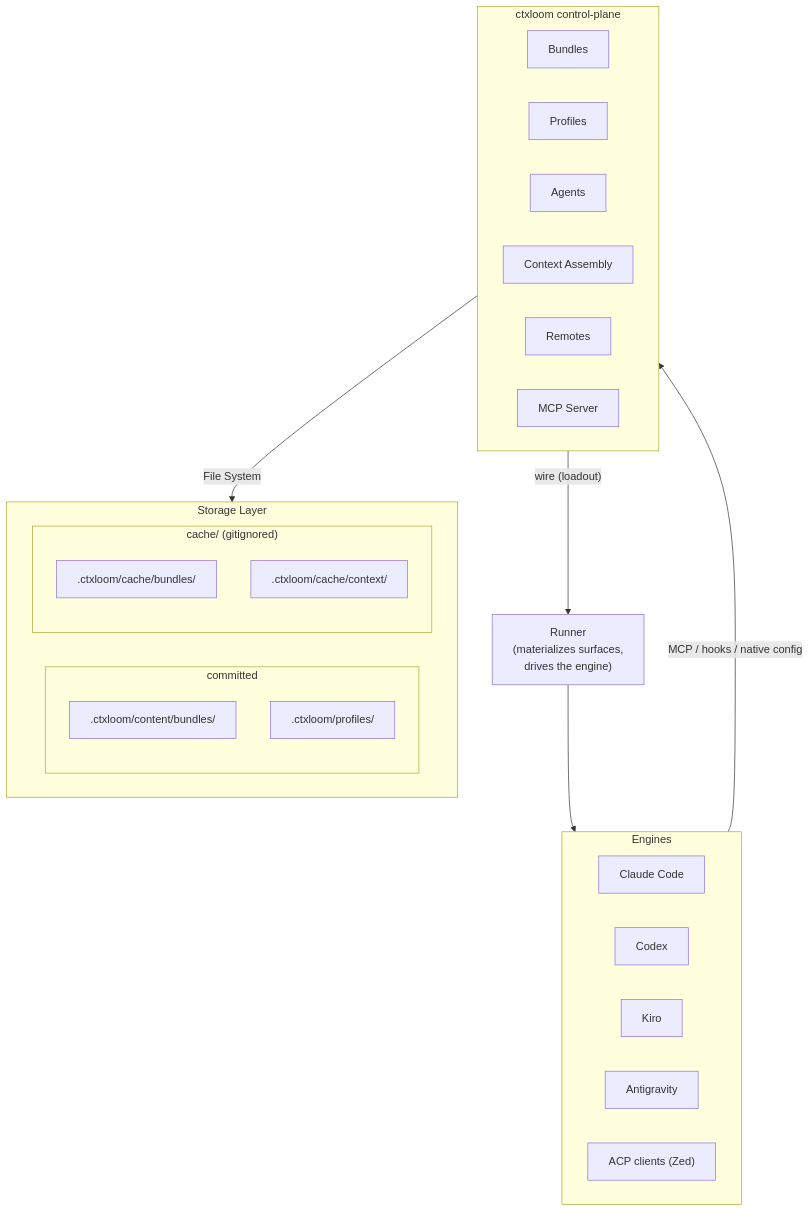
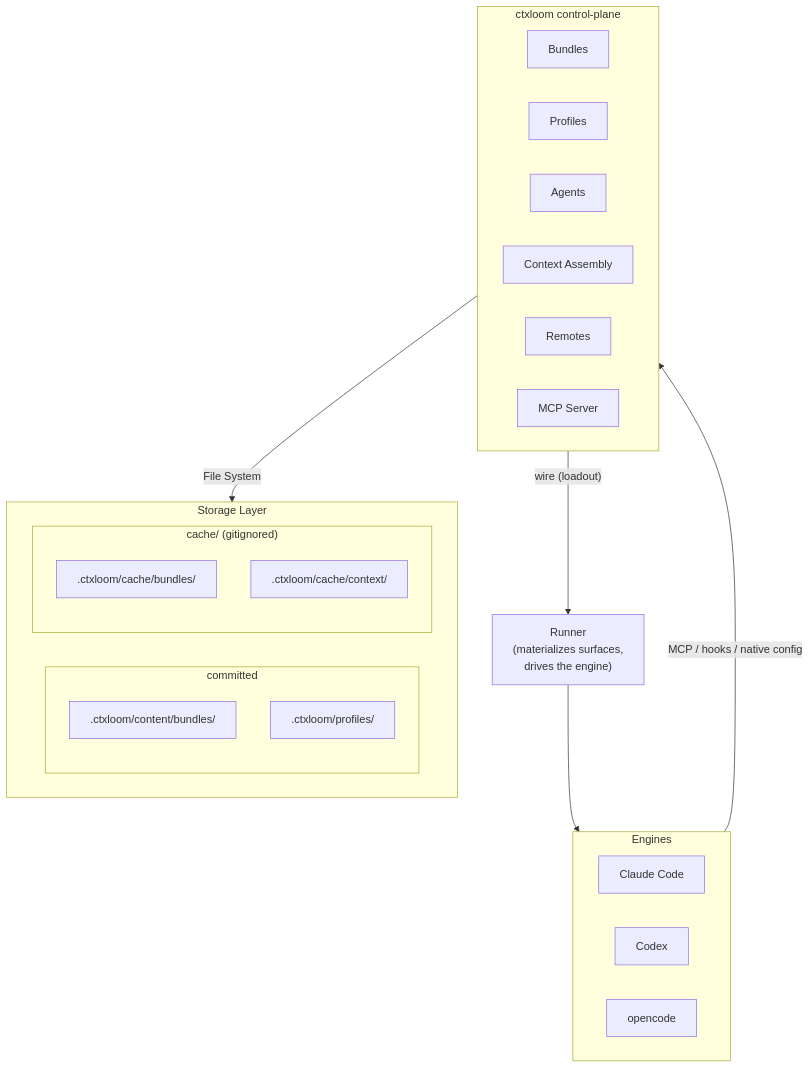
Before and after one commit to ctxloom/ctxloom: the fifth of 5 diagrams in website/src/content/docs/concepts/architecture.md, drawn with Mermaid. The commit also changed other lines of this file and 86 other files, not shown here.

First line of the commit message:
docs: drop the ACP and kiro documentation; fix operations tests

````diff
--- a/website/src/content/docs/concepts/architecture.md
+++ b/website/src/content/docs/concepts/architecture.md
@@ -470,42 +444,40 @@
 ```mermaid
 flowchart TB
     subgraph Engines["Engines"]
         direction LR
         claude["Claude Code"]
         codex["Codex"]
-        kiro["Kiro"]
-        agy["Antigravity"]
-        acp["ACP clients (Zed)"]
+        opencode["opencode"]
     end
 
     Engines -->|"MCP / hooks / native config"| Core
 
     subgraph Core["ctxloom control-plane"]
         direction LR
         bundles["Bundles"]
         profiles["Profiles"]
         agents["Agents"]
         assembly["Context Assembly"]
         remotes["Remotes"]
         mcp["MCP Server"]
     end
 
     Core -->|"wire (loadout)"| Runner["Runner<br/>(materializes surfaces,<br/>drives the engine)"]
     Runner --> Engines
 
     Core -->|"File System"| Storage
 
     subgraph Storage["Storage Layer"]
         direction LR
         subgraph StorageCommitted["committed"]
             direction TB
             sbundles[".ctxloom/content/bundles/"]
             sprofiles[".ctxloom/profiles/"]
         end
         subgraph StorageCache["cache/ (gitignored)"]
             direction TB
             scachebundles[".ctxloom/cache/bundles/"]
             scontext[".ctxloom/cache/context/"]
         end
     end
 ```
````
